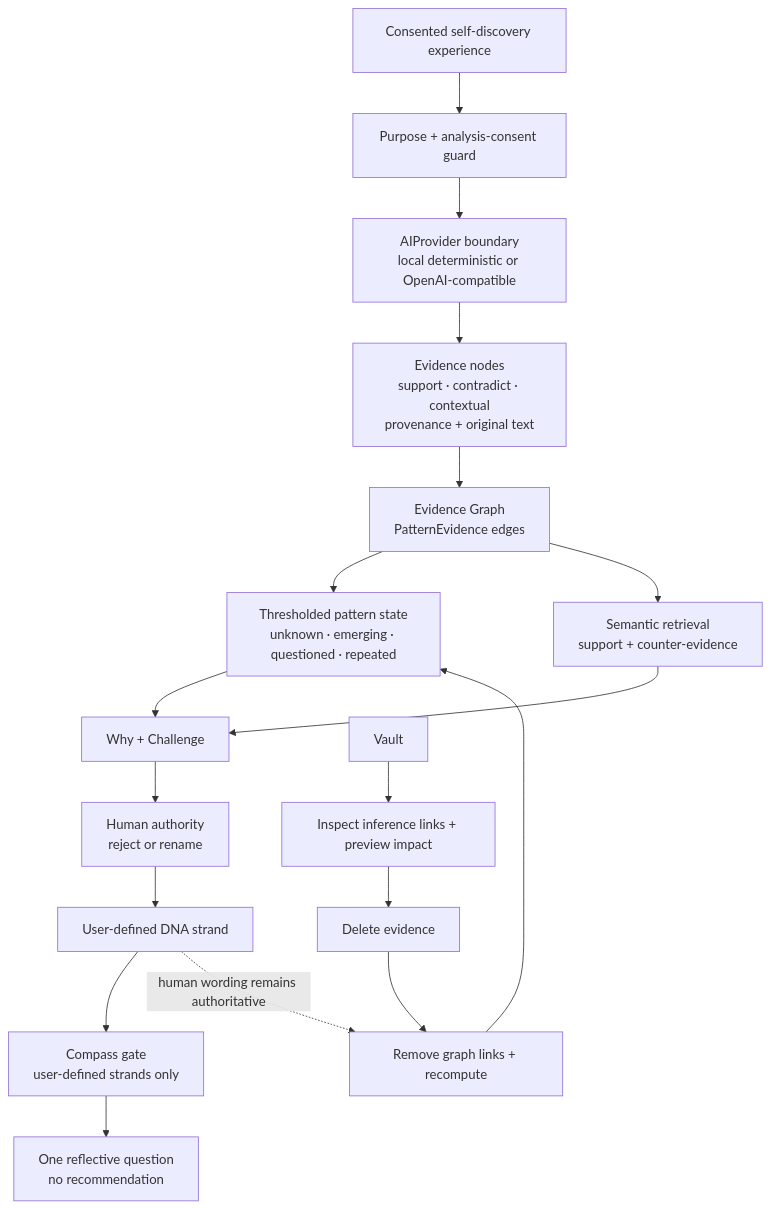
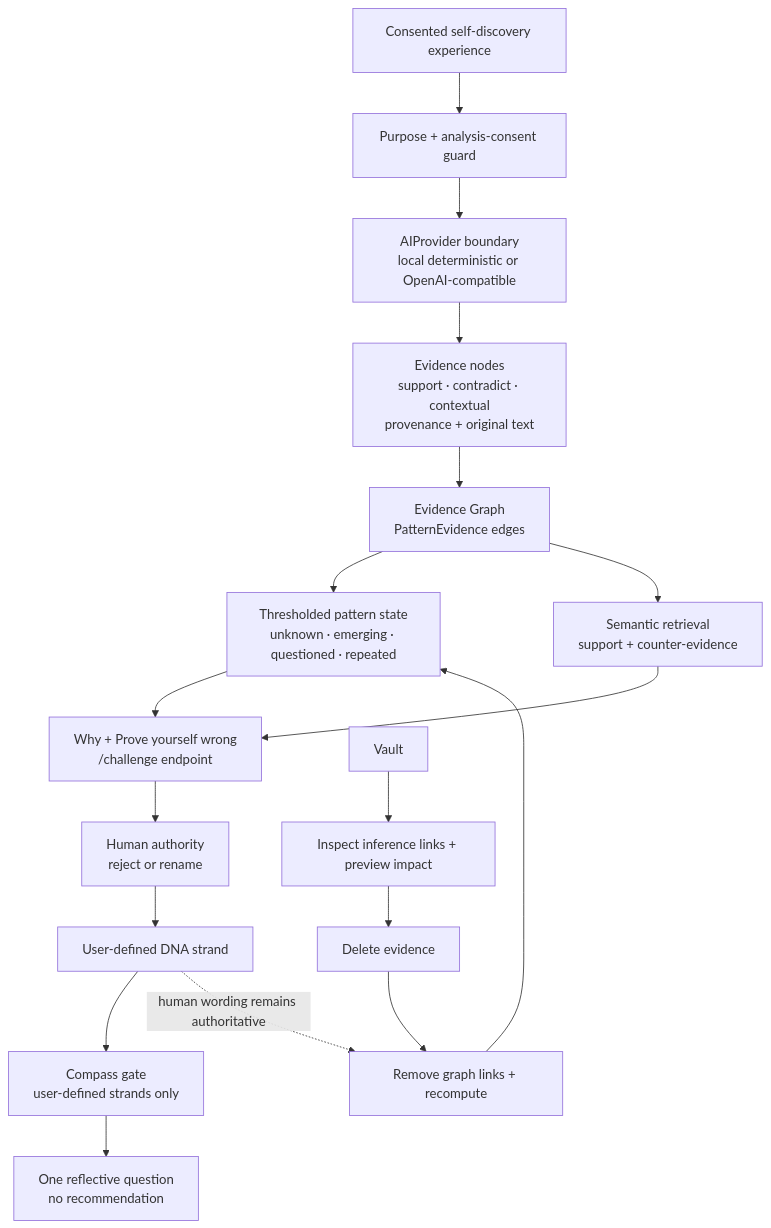
Before and after one commit to sasipriya1221/WHO-AM-I: the first of 2 diagrams in README.md, drawn with Mermaid. The commit also changed other lines of this file and 15 other files, not shown here.

````diff
--- a/README.md
+++ b/README.md
@@ -52,21 +56,21 @@
 ```mermaid
 flowchart TD
     X["Consented self-discovery experience"] --> G["Purpose + analysis-consent guard"]
     G --> A["AIProvider boundary<br/>local deterministic or OpenAI-compatible"]
     A --> E["Evidence nodes<br/>support · contradict · contextual<br/>provenance + original text"]
     E --> EG["Evidence Graph<br/>PatternEvidence edges"]
     EG --> T["Thresholded pattern state<br/>unknown · emerging · questioned · repeated"]
     EG --> R["Semantic retrieval<br/>support + counter-evidence"]
-    T --> W["Why + Challenge"]
+    T --> W["Why + Prove yourself wrong<br/>/challenge endpoint"]
     R --> W
     W --> H["Human authority<br/>reject or rename"]
     H --> S["User-defined DNA strand"]
     S --> C["Compass gate<br/>user-defined strands only"]
     C --> Q["One reflective question<br/>no recommendation"]
 
     V["Vault"] --> I["Inspect inference links + preview impact"]
     I --> D["Delete evidence"]
     D --> RC["Remove graph links + recompute"]
     RC --> T
     S -.->|human wording remains authoritative| RC
 ```
````
